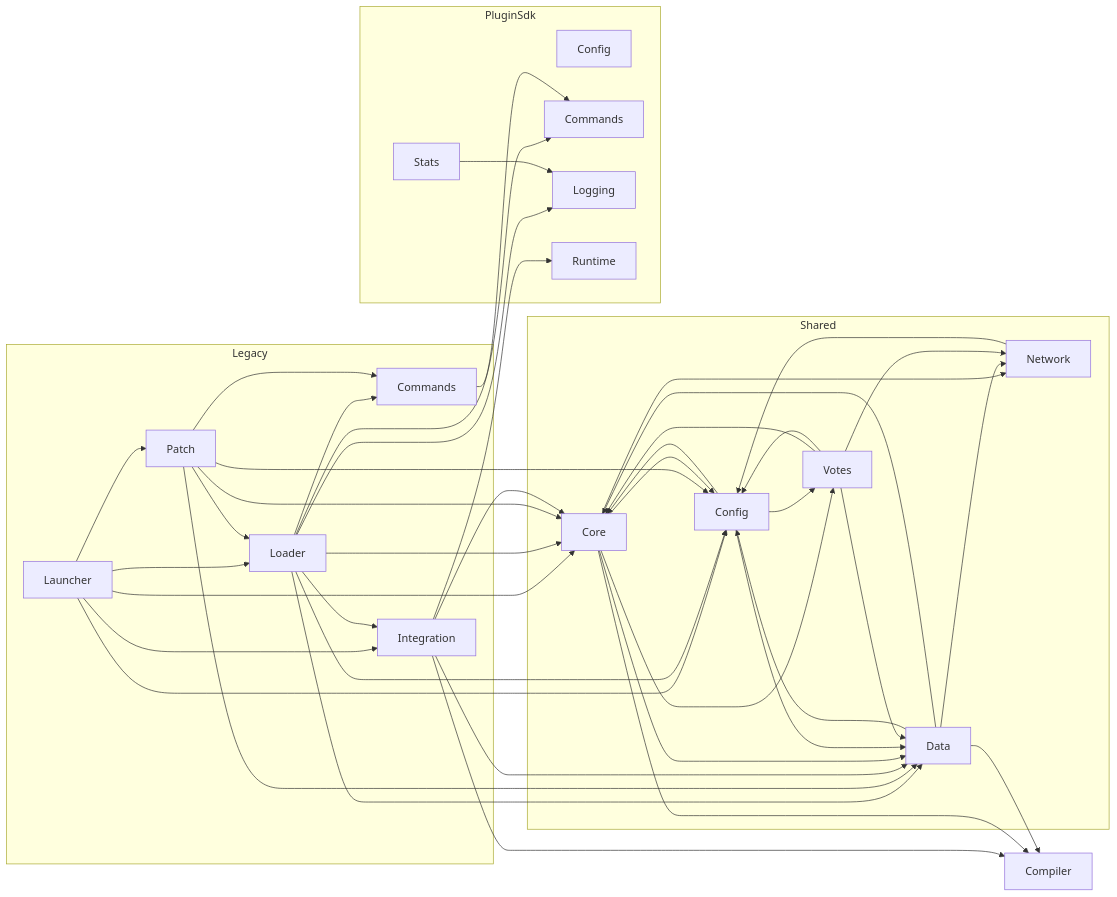
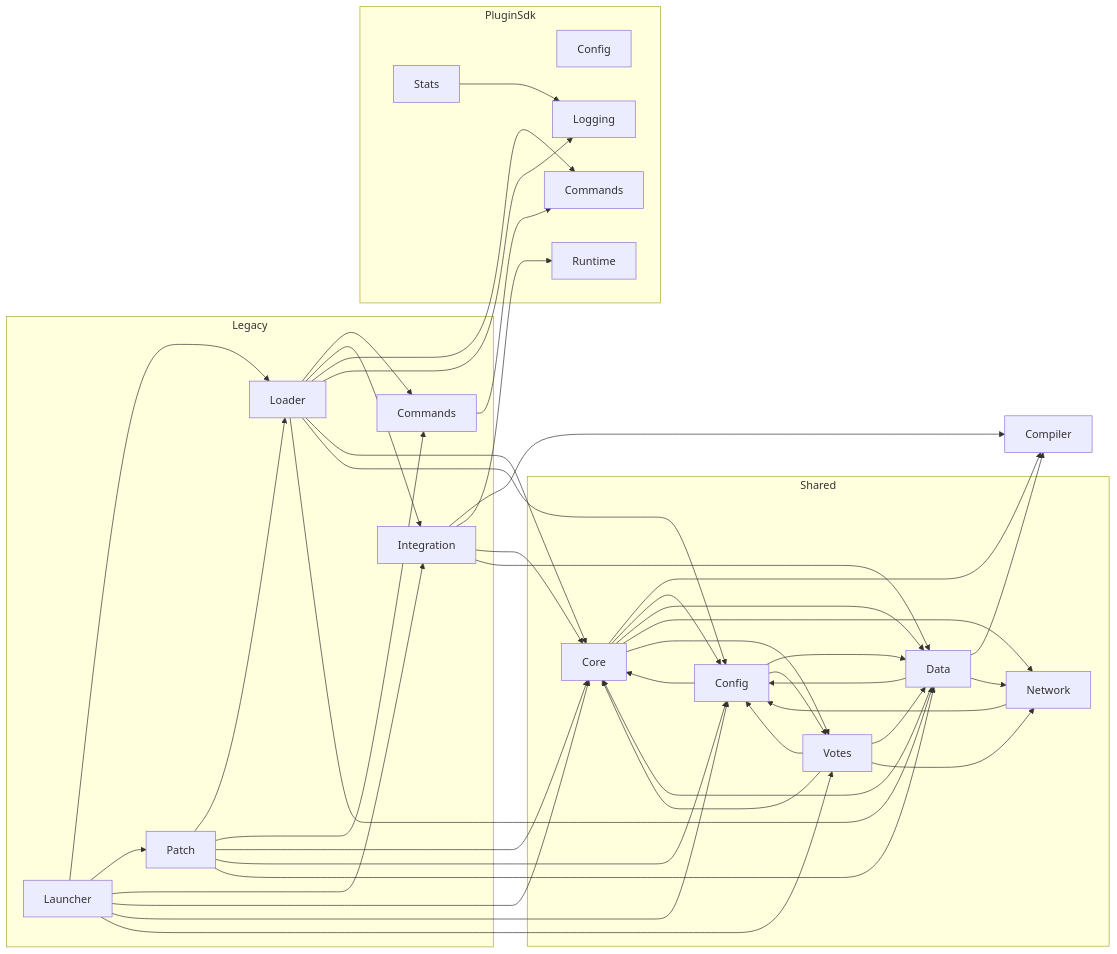
One commit to CometWorks/magnetar changed the second of 2 diagrams in Docs/TOC.md. Above: the diagram before and after it, drawn with Mermaid. The commit also changed other lines of this file and 95 other files, not shown here.

````diff
--- a/Docs/TOC.md
+++ b/Docs/TOC.md
@@ -141,37 +141,37 @@
 ```mermaid
 graph LR
   subgraph Legacy
     Legacy_Launcher[Launcher]
     Legacy_Loader[Loader]
     Legacy_Patch[Patch]
     Legacy_Commands[Commands]
     Legacy_Integration[Integration]
   end
   subgraph Shared
     Shared_Core[Core]
     Shared_Data[Data]
     Shared_Config[Config]
     Shared_Network[Network]
     Shared_Votes[Votes]
   end
   subgraph PluginSdk
     PluginSdk_Config[Config]
     PluginSdk_Commands[Commands]
     PluginSdk_Logging[Logging]
     PluginSdk_Runtime[Runtime]
     PluginSdk_Stats[Stats]
   end
   Compiler[Compiler]
 
-  Legacy_Launcher --> Legacy_Loader & Legacy_Patch & Legacy_Integration & Shared_Core & Shared_Config
+  Legacy_Launcher --> Legacy_Loader & Legacy_Patch & Legacy_Integration & Shared_Core & Shared_Config & Shared_Votes
   Legacy_Loader --> Legacy_Commands & Legacy_Integration & PluginSdk_Commands & PluginSdk_Logging & Shared_Core & Shared_Config & Shared_Data
   Legacy_Patch --> Legacy_Loader & Legacy_Commands & Shared_Core & Shared_Config & Shared_Data
   Legacy_Commands --> PluginSdk_Commands
   Legacy_Integration --> Compiler & PluginSdk_Runtime & Shared_Core & Shared_Data
   Shared_Core --> Compiler & Shared_Config & Shared_Data & Shared_Network & Shared_Votes
   Shared_Data --> Compiler & Shared_Config & Shared_Core & Shared_Network
   Shared_Config --> Shared_Core & Shared_Data & Shared_Votes
   Shared_Network --> Shared_Config
   Shared_Votes --> Shared_Core & Shared_Config & Shared_Data & Shared_Network
   PluginSdk_Stats --> PluginSdk_Logging
 ```
````
